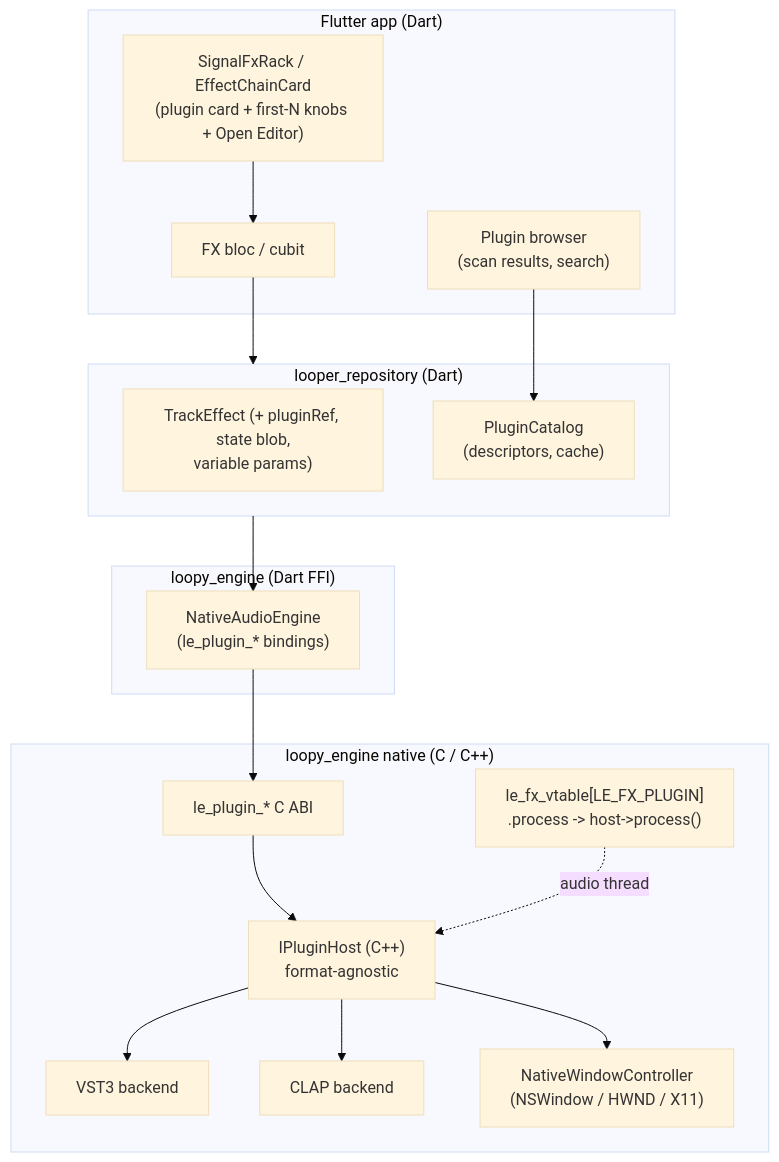
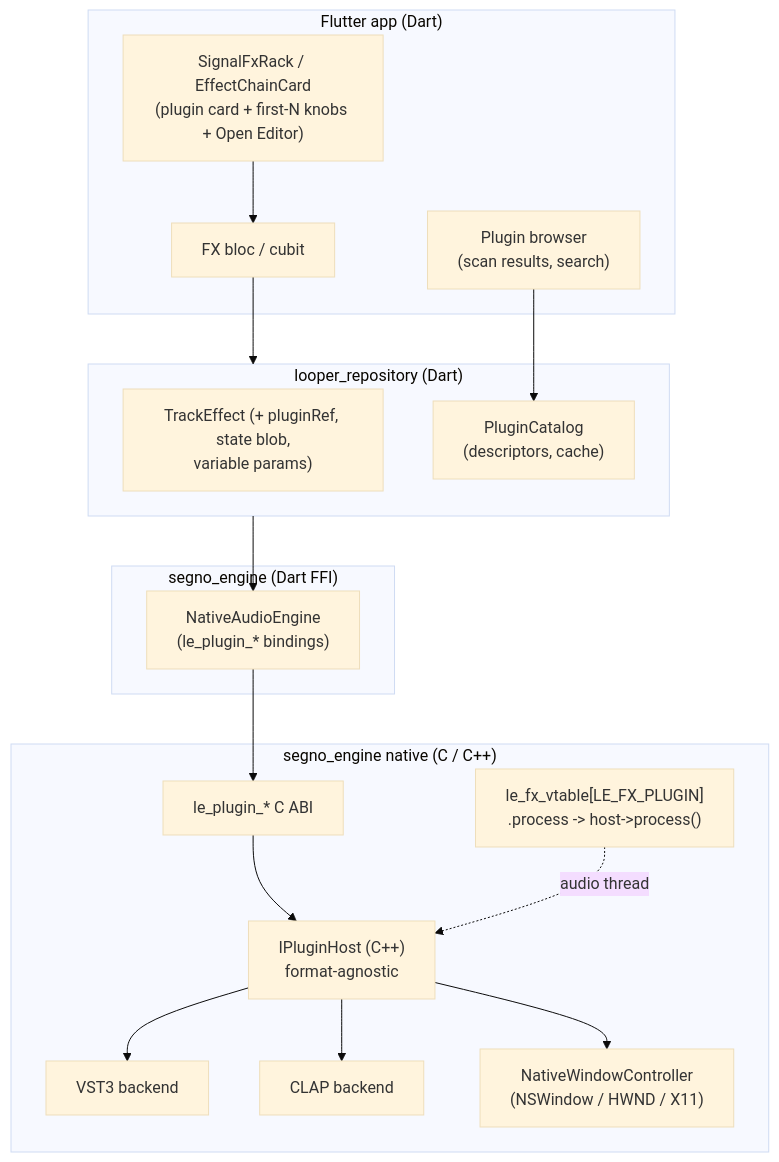
One commit to tomassasovsky/loopy changed the first of 3 diagrams in docs/plan/2026-06-23-feat-vst3-clap-plugin-hosting-plan.md. Above: the diagram before and after it, drawn with Mermaid (base theme). The commit also changed other lines of this file and 1962 other files, not shown here.

First line of the commit message:
feat: rebrand Loopy to Segno across app, engine, and appliance

````diff
--- a/docs/plan/2026-06-23-feat-vst3-clap-plugin-hosting-plan.md
+++ b/docs/plan/2026-06-23-feat-vst3-clap-plugin-hosting-plan.md
@@ -105,29 +105,29 @@
 ```mermaid
 flowchart TB
     subgraph Flutter["Flutter app (Dart)"]
         UI["SignalFxRack / EffectChainCard\n(plugin card + first-N knobs + Open Editor)"]
         Browser["Plugin browser\n(scan results, search)"]
         Bloc["FX bloc / cubit"]
     end
     subgraph Repo["looper_repository (Dart)"]
         Model["TrackEffect (+ pluginRef, state blob,\nvariable params)"]
         Catalog["PluginCatalog\n(descriptors, cache)"]
     end
-    subgraph EngineDart["loopy_engine (Dart FFI)"]
+    subgraph EngineDart["segno_engine (Dart FFI)"]
         FFI["NativeAudioEngine\n(le_plugin_* bindings)"]
     end
-    subgraph Native["loopy_engine native (C / C++)"]
+    subgraph Native["segno_engine native (C / C++)"]
         ABI["le_plugin_* C ABI"]
         Host["IPluginHost (C++)\nformat-agnostic"]
         VST3["VST3 backend"]
         CLAP["CLAP backend"]
         FXV["le_fx_vtable[LE_FX_PLUGIN]\n.process -> host->process()"]
         WinCtl["NativeWindowController\n(NSWindow / HWND / X11)"]
     end
     UI --> Bloc --> Repo
     Browser --> Catalog
     Repo --> FFI --> ABI
     ABI --> Host --> VST3 & CLAP
     Host --> WinCtl
     FXV -. audio thread .-> Host
 ```
````
